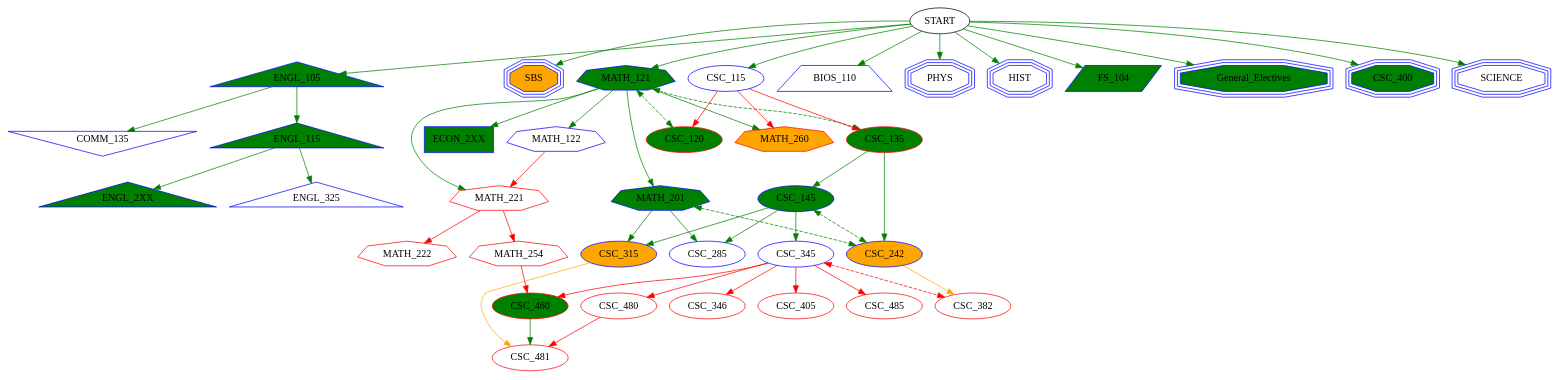
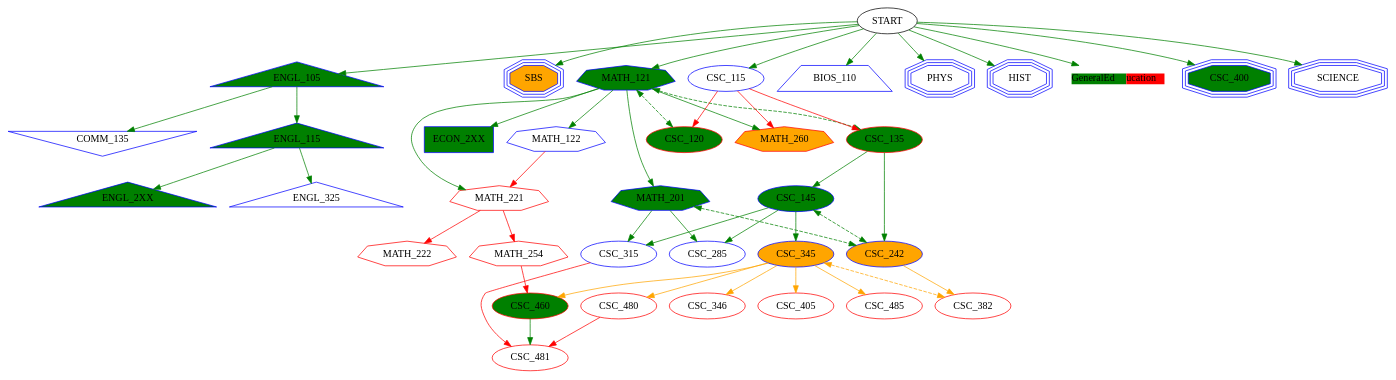
Before and after one commit to RonDeBen/GraphVizTranscriptVisualization: the diagram in transcript.dot, drawn with Graphviz. The commit also changed 5 other files, not shown here.

```diff
--- a/transcript.dot
+++ b/transcript.dot
@@ -1,86 +1,91 @@
 digraph g{
-	"ENGL_105" [fillcolor=green,style=filled,shape=triangle,color=blue]
-	"ENGL_115" [fillcolor=green,style=filled,shape=triangle,color=blue]
-	"ECON_2XX" [fillcolor=green,style=filled,shape=box,color=blue]
-	"SBS" [fillcolor=orange,style=filled,shape=tripleoctagon,color=blue]
-	"MATH_121" [fillcolor=green,style=filled,shape=septagon,color=blue]
-	"MATH_122" [fillcolor=white,style=filled,shape=septagon,color=blue]
-	"MATH_221" [fillcolor=white,style=filled,shape=septagon,color=red]
-	"MATH_222" [fillcolor=white,style=filled,shape=septagon,color=red]
-	"BIOS_110" [fillcolor=white,style=filled,shape=trapezium,color=blue]
-	"PHYS" [fillcolor=white,style=filled,shape=tripleoctagon,color=blue]
-	"COMM_135" [fillcolor=white,style=filled,shape=invtriangle,color=blue]
-	"HIST" [fillcolor=white,style=filled,shape=tripleoctagon,color=blue]
-	"ENGL_2XX" [fillcolor=green,style=filled,shape=triangle,color=blue]
-	"FS_104" [fillcolor=green,style=filled,shape=parallelogram,color=blue]
-	"General_Electives" [fillcolor=green,style=filled,shape=tripleoctagon,color=blue]
-	"CSC_115" [fillcolor=white,style=filled,shape=ellipse,color=blue]
-	"CSC_120" [fillcolor=green,style=filled,shape=ellipse,color=red]
-	"CSC_135" [fillcolor=green,style=filled,shape=ellipse,color=red]
-	"CSC_145" [fillcolor=green,style=filled,shape=ellipse,color=blue]
-	"CSC_242" [fillcolor=orange,style=filled,shape=ellipse,color=blue]
-	"CSC_285" [fillcolor=white,style=filled,shape=ellipse,color=blue]
-	"CSC_315" [fillcolor=orange,style=filled,shape=ellipse,color=blue]
-	"CSC_345" [fillcolor=white,style=filled,shape=ellipse,color=blue]
-	"CSC_346" [fillcolor=white,style=filled,shape=ellipse,color=red]
-	"CSC_382" [fillcolor=white,style=filled,shape=ellipse,color=red]
-	"CSC_405" [fillcolor=white,style=filled,shape=ellipse,color=red]
-	"CSC_460" [fillcolor=green,style=filled,shape=ellipse,color=red]
-	"CSC_480" [fillcolor=white,style=filled,shape=ellipse,color=red]
-	"CSC_481" [fillcolor=white,style=filled,shape=ellipse,color=red]
-	"CSC_485" [fillcolor=white,style=filled,shape=ellipse,color=red]
-	"CSC_400" [fillcolor=green,style=filled,shape=tripleoctagon,color=blue]
-	"ENGL_325" [fillcolor=white,style=filled,shape=triangle,color=blue]
-	"SCIENCE" [fillcolor=white,style=filled,shape=tripleoctagon,color=blue]
-	"MATH_201" [fillcolor=green,style=filled,shape=septagon,color=blue]
-	"MATH_254" [fillcolor=white,style=filled,shape=septagon,color=red]
-	"MATH_260" [fillcolor=orange,style=filled,shape=septagon,color=red]
+	ENGL_105 [fillcolor=green,style=filled,shape=triangle,color=blue]
+	ENGL_115 [fillcolor=green,style=filled,shape=triangle,color=blue]
+	ECON_2XX [fillcolor=green,style=filled,shape=box,color=blue]
+	SBS [fillcolor=orange,style=filled,shape=tripleoctagon,color=blue]
+	MATH_121 [fillcolor=green,style=filled,shape=septagon,color=blue]
+	MATH_122 [fillcolor=white,style=filled,shape=septagon,color=blue]
+	MATH_221 [fillcolor=white,style=filled,shape=septagon,color=red]
+	MATH_222 [fillcolor=white,style=filled,shape=septagon,color=red]
+	BIOS_110 [fillcolor=white,style=filled,shape=trapezium,color=blue]
+	PHYS [fillcolor=white,style=filled,shape=tripleoctagon,color=blue]
+	COMM_135 [fillcolor=white,style=filled,shape=invtriangle,color=blue]
+	HIST [fillcolor=white,style=filled,shape=tripleoctagon,color=blue]
+	ENGL_2XX [fillcolor=green,style=filled,shape=triangle,color=blue]
+	GEN_ED[shape="none", label=<
+<table cellpadding="0" cellborder="0" cellspacing="0" border="0">
+<tr>
+<td bgcolor="green">GeneralEd</td>
+<td bgcolor="red">ucation</td>
+</tr>
+</table>
+>]
+	CSC_115 [fillcolor=white,style=filled,shape=ellipse,color=blue]
+	CSC_120 [fillcolor=green,style=filled,shape=ellipse,color=red]
+	CSC_135 [fillcolor=green,style=filled,shape=ellipse,color=red]
+	CSC_145 [fillcolor=green,style=filled,shape=ellipse,color=blue]
+	CSC_242 [fillcolor=orange,style=filled,shape=ellipse,color=blue]
+	CSC_285 [fillcolor=white,style=filled,shape=ellipse,color=blue]
+	CSC_315 [fillcolor=white,style=filled,shape=ellipse,color=blue]
+	CSC_345 [fillcolor=orange,style=filled,shape=ellipse,color=blue]
+	CSC_346 [fillcolor=white,style=filled,shape=ellipse,color=red]
+	CSC_382 [fillcolor=white,style=filled,shape=ellipse,color=red]
+	CSC_405 [fillcolor=white,style=filled,shape=ellipse,color=red]
+	CSC_460 [fillcolor=green,style=filled,shape=ellipse,color=red]
+	CSC_480 [fillcolor=white,style=filled,shape=ellipse,color=red]
+	CSC_481 [fillcolor=white,style=filled,shape=ellipse,color=red]
+	CSC_485 [fillcolor=white,style=filled,shape=ellipse,color=red]
+	CSC_400 [fillcolor=green,style=filled,shape=tripleoctagon,color=blue]
+	ENGL_325 [fillcolor=white,style=filled,shape=triangle,color=blue]
+	SCIENCE [fillcolor=white,style=filled,shape=tripleoctagon,color=blue]
+	MATH_201 [fillcolor=green,style=filled,shape=septagon,color=blue]
+	MATH_254 [fillcolor=white,style=filled,shape=septagon,color=red]
+	MATH_260 [fillcolor=orange,style=filled,shape=septagon,color=red]
 	START -> ENGL_105 [color=green]
 	ENGL_105 -> ENGL_115 [color=green]
 	MATH_121 -> ECON_2XX [color=green]
 	START -> SBS [color=green]
 	START -> MATH_121 [color=green]
 	MATH_121 -> MATH_122 [color=green]
 	MATH_121 -> MATH_221 [color=green]
 	MATH_122 -> MATH_221 [color=red]
 	MATH_221 -> MATH_222 [color=red]
 	START -> BIOS_110 [color=green]
 	START -> PHYS [color=green]
 	ENGL_105 -> COMM_135 [color=green]
 	START -> HIST [color=green]
 	ENGL_115 -> ENGL_2XX [color=green]
-	START -> FS_104 [color=green]
-	START -> General_Electives [color=green]
+	START -> GEN_ED [color=green]
 	START -> CSC_115 [color=green]
 	CSC_115 -> CSC_120 [color=red]
 	MATH_121 -> CSC_120 [style=dashed,dir=both,color=green]
 	CSC_115 -> CSC_135 [color=red]
 	MATH_121 -> CSC_135 [style=dashed,dir=both,color=green]
 	CSC_135 -> CSC_145 [color=green]
 	CSC_135 -> CSC_242 [color=green]
 	CSC_145 -> CSC_242 [style=dashed,dir=both,color=green]
 	MATH_201 -> CSC_242 [style=dashed,dir=both,color=green]
 	CSC_145 -> CSC_285 [color=green]
 	MATH_201 -> CSC_285 [color=green]
 	CSC_145 -> CSC_315 [color=green]
 	MATH_201 -> CSC_315 [color=green]
 	CSC_145 -> CSC_345 [color=green]
-	CSC_345 -> CSC_346 [color=red]
+	CSC_345 -> CSC_346 [color=orange]
 	CSC_242 -> CSC_382 [color=orange]
-	CSC_345 -> CSC_382 [style=dashed,dir=both,color=red]
-	CSC_345 -> CSC_405 [color=red]
-	CSC_345 -> CSC_460 [color=red]
+	CSC_345 -> CSC_382 [style=dashed,dir=both,color=orange]
+	CSC_345 -> CSC_405 [color=orange]
+	CSC_345 -> CSC_460 [color=orange]
 	MATH_254 -> CSC_460 [color=red]
-	CSC_345 -> CSC_480 [color=red]
+	CSC_345 -> CSC_480 [color=orange]
 	CSC_480 -> CSC_481 [color=red]
-	CSC_315 -> CSC_481 [color=orange]
+	CSC_315 -> CSC_481 [color=red]
 	CSC_460 -> CSC_481 [color=green]
-	CSC_345 -> CSC_485 [color=red]
+	CSC_345 -> CSC_485 [color=orange]
 	START -> CSC_400 [color=green]
 	ENGL_115 -> ENGL_325 [color=green]
 	START -> SCIENCE [color=green]
 	MATH_121 -> MATH_201 [color=green]
 	MATH_221 -> MATH_254 [color=red]
 	MATH_121 -> MATH_260 [color=green]
 	CSC_115 -> MATH_260 [color=red]
 }
```
